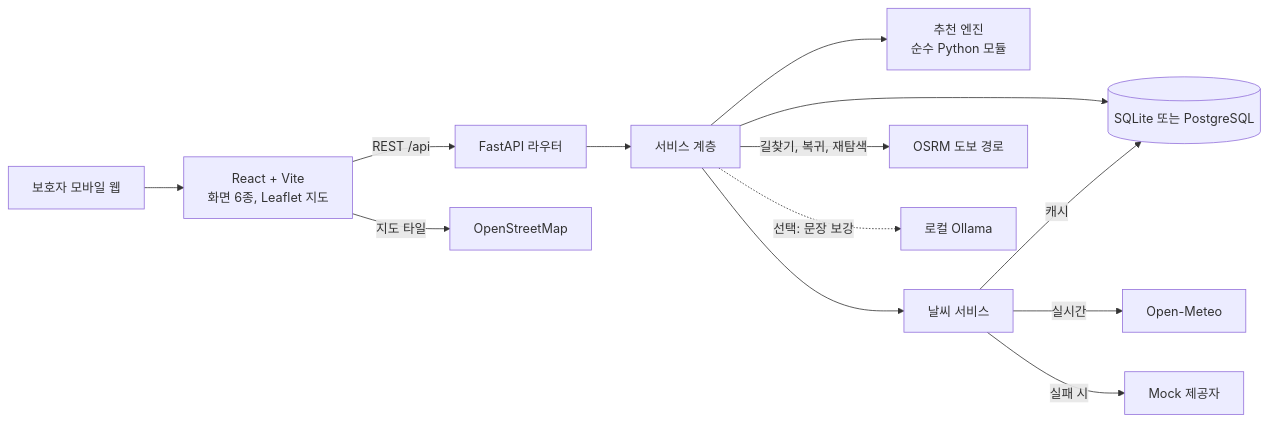
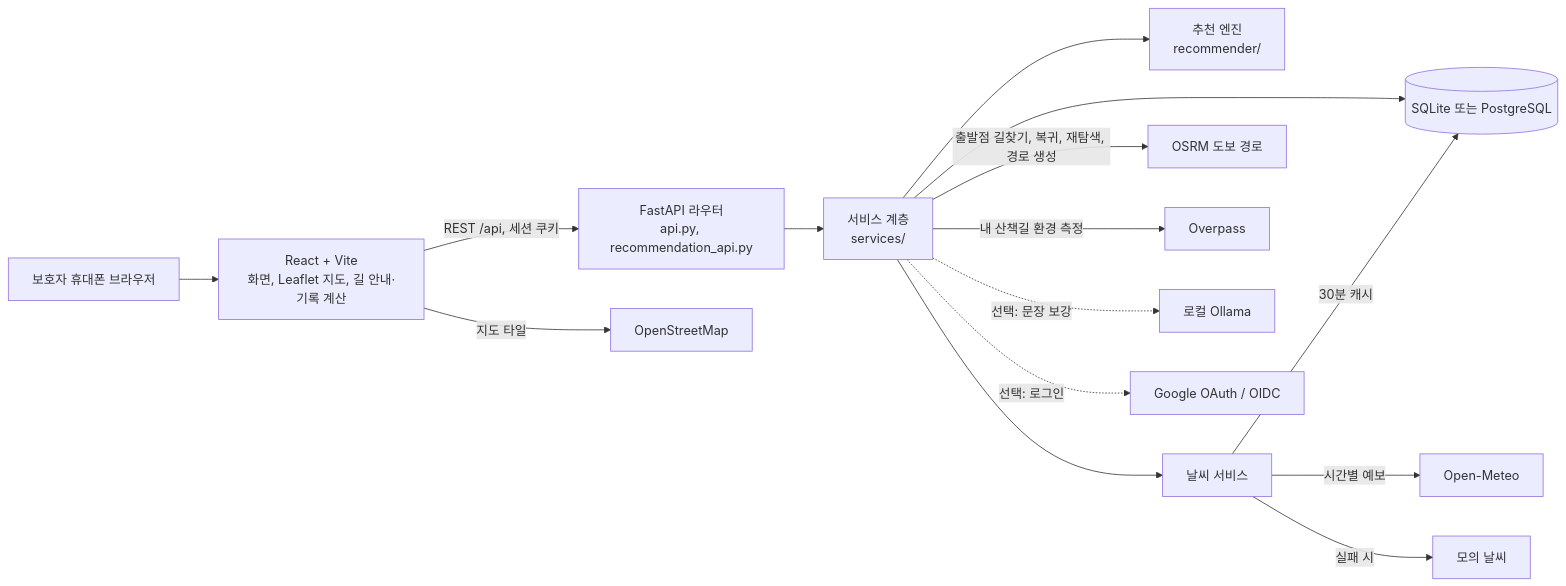
The first of 8 diagrams in docs/ARCHITECTURE.md (Kim-pitang/pawpath), drawn with Mermaid before and after one commit. The commit also changed other lines of this file and 22 other files, not shown here.

````diff
--- a/docs/ARCHITECTURE.md
+++ b/docs/ARCHITECTURE.md
@@ -7,15 +18,17 @@
 ```mermaid
 flowchart LR
-    U[보호자 모바일 웹] --> FE[React + Vite<br/>화면 6종, Leaflet 지도]
-    FE -->|REST /api| API[FastAPI 라우터]
-    API --> S[서비스 계층]
-    S --> ENG[추천 엔진<br/>순수 Python 모듈]
-    S --> DB[(SQLite 또는 PostgreSQL)]
-    S --> WS[날씨 서비스]
-    WS -->|실시간| OM[Open-Meteo]
-    WS -->|캐시| DB
-    WS -->|실패 시| MOCK[Mock 제공자]
-    FE -->|지도 타일| OSM[OpenStreetMap]
-    S -->|길찾기, 복귀, 재탐색| OSRM[OSRM 도보 경로]
-    S -.->|선택: 문장 보강| LLM[로컬 Ollama]
+    U["보호자 휴대폰 브라우저"] --> FE["React + Vite<br/>화면, Leaflet 지도, 길 안내·기록 계산"]
+    FE -->|"REST /api, 세션 쿠키"| API["FastAPI 라우터<br/>api.py, recommendation_api.py"]
+    API --> S["서비스 계층<br/>services/"]
+    S --> ENG["추천 엔진<br/>recommender/"]
+    S --> DB[("SQLite 또는 PostgreSQL")]
+    S --> WS["날씨 서비스"]
+    WS -->|"시간별 예보"| OM["Open-Meteo"]
+    WS -->|"30분 캐시"| DB
+    WS -->|"실패 시"| MOCK["모의 날씨"]
+    FE -->|"지도 타일"| OSM["OpenStreetMap"]
+    S -->|"출발점 길찾기, 복귀, 재탐색, 경로 생성"| OSRM["OSRM 도보 경로"]
+    S -->|"내 산책길 환경 측정"| OP["Overpass"]
+    S -.->|"선택: 문장 보강"| LLM["로컬 Ollama"]
+    S -.->|"선택: 로그인"| G["Google OAuth / OIDC"]
 ```
````
